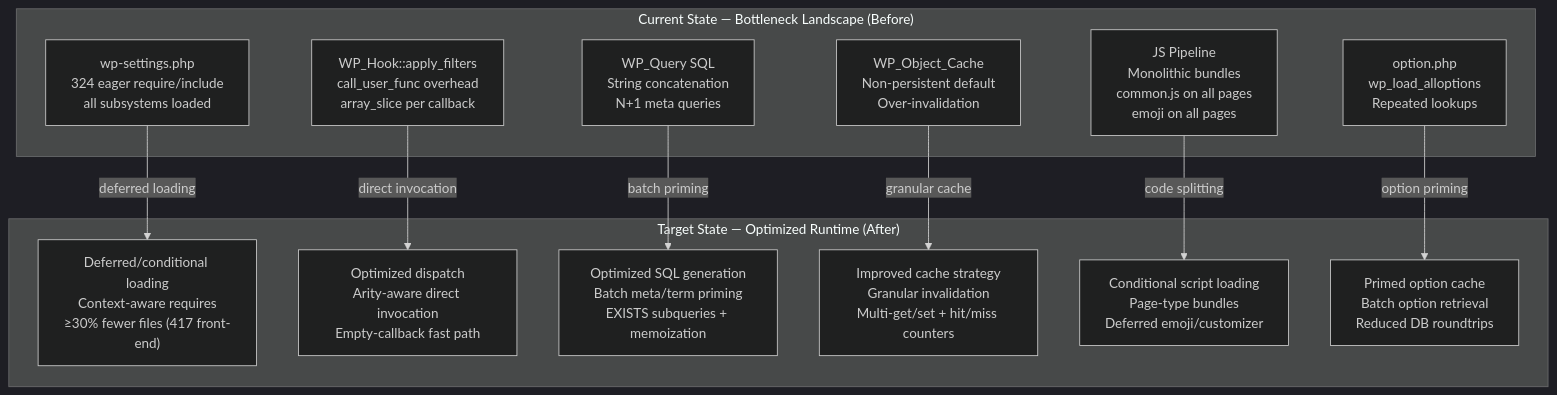
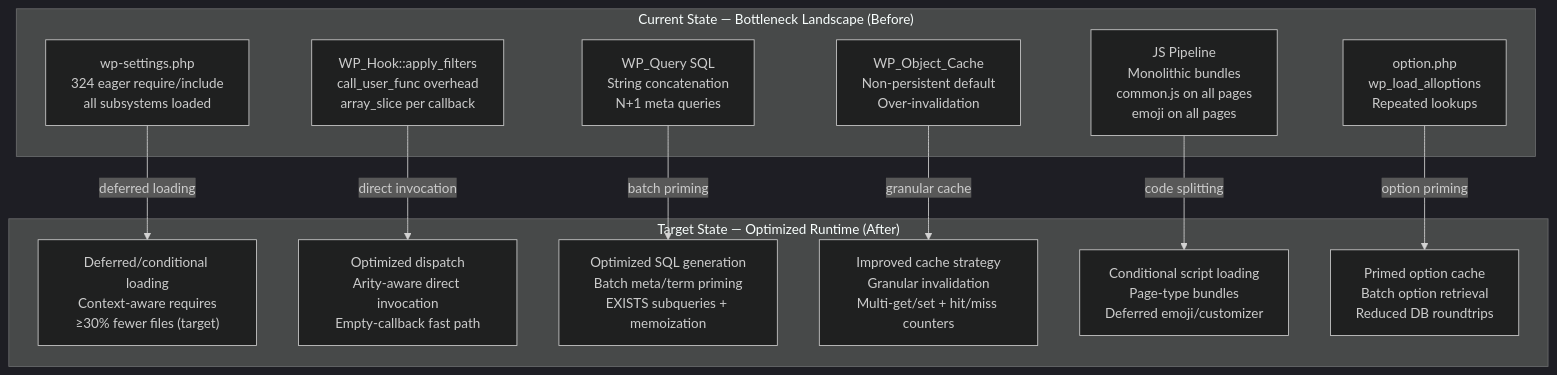
The first of 6 diagrams in docs/technical-specifications.md (Blitzy-Sandbox/blitzy-wordpress), drawn with Mermaid (dark theme) before and after one commit. The commit also changed other lines of this file and 6 other files, not shown here.

````diff
--- a/docs/technical-specifications.md
+++ b/docs/technical-specifications.md
@@ -34,29 +38,29 @@
 ```mermaid
 graph TB
     %% LEGEND: left subgraph = CURRENT (measured bottlenecks, "before"); right subgraph = TARGET (optimized runtime, "after").
     %% Each C-node maps via a labeled arrow to its T-node. This is a before/after diagram — never target-state alone.
     subgraph CurrentState["Current State — Bottleneck Landscape (Before)"]
         C1["wp-settings.php<br/>324 eager require/include<br/>all subsystems loaded"]
         C2["WP_Hook::apply_filters<br/>call_user_func overhead<br/>array_slice per callback"]
         C3["WP_Query SQL<br/>String concatenation<br/>N+1 meta queries"]
         C4["WP_Object_Cache<br/>Non-persistent default<br/>Over-invalidation"]
         C5["JS Pipeline<br/>Monolithic bundles<br/>common.js on all pages<br/>emoji on all pages"]
         C6["option.php<br/>wp_load_alloptions<br/>Repeated lookups"]
     end
 
     subgraph TargetState["Target State — Optimized Runtime (After)"]
-        T1["Deferred/conditional loading<br/>Context-aware requires<br/>≥30% fewer files (417 front-end)"]
+        T1["Deferred/conditional loading<br/>Context-aware requires<br/>≥30% fewer files (target)"]
         T2["Optimized dispatch<br/>Arity-aware direct invocation<br/>Empty-callback fast path"]
         T3["Optimized SQL generation<br/>Batch meta/term priming<br/>EXISTS subqueries + memoization"]
         T4["Improved cache strategy<br/>Granular invalidation<br/>Multi-get/set + hit/miss counters"]
         T5["Conditional script loading<br/>Page-type bundles<br/>Deferred emoji/customizer"]
         T6["Primed option cache<br/>Batch option retrieval<br/>Reduced DB roundtrips"]
     end
 
     C1 -->|deferred loading| T1
     C2 -->|direct invocation| T2
     C3 -->|batch priming| T3
     C4 -->|granular cache| T4
     C5 -->|code splitting| T5
     C6 -->|option priming| T6
 ```
````
